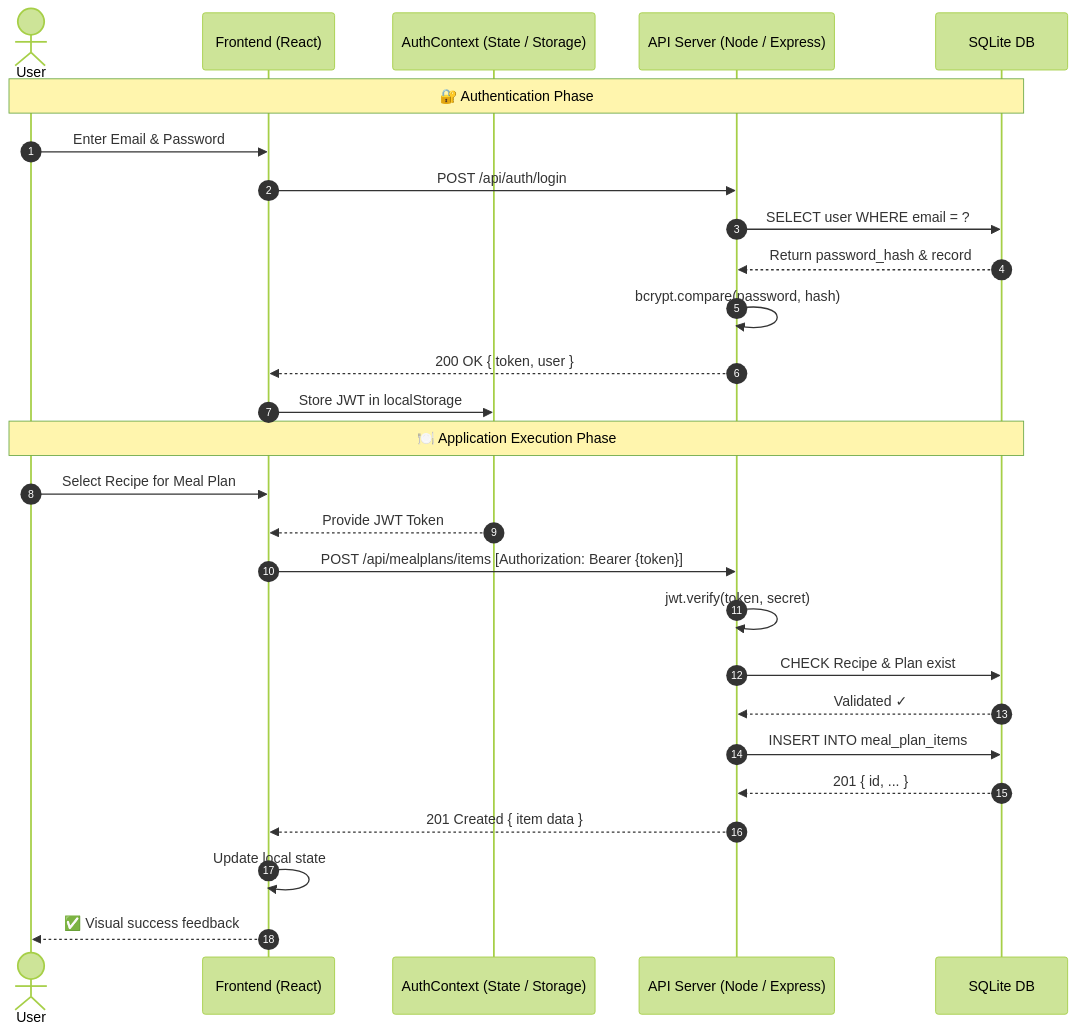
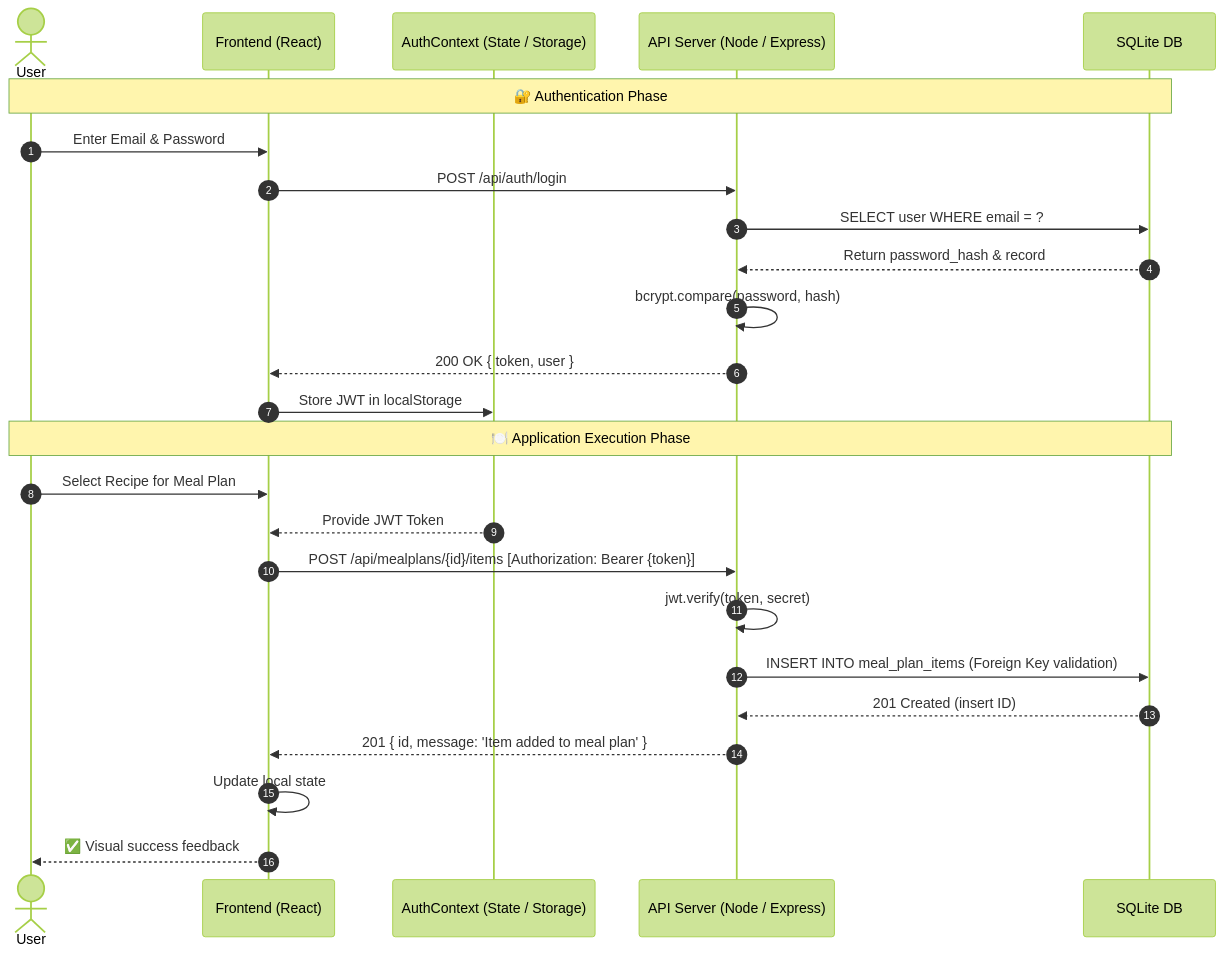
The third of 4 diagrams in docs/UML_DIAGRAMS.md (Amourous/MealMate), drawn with Mermaid (forest theme) before and after one commit.

Commit message:
Update sequence diagram to match actual meal plan API route and response

````diff
--- a/docs/UML_DIAGRAMS.md
+++ b/docs/UML_DIAGRAMS.md
@@ -153,33 +153,31 @@
 ```mermaid
 sequenceDiagram
     autonumber
     actor User
     participant UI as Frontend (React)
     participant Auth as AuthContext (State / Storage)
     participant API as API Server (Node / Express)
     participant DB as SQLite DB
 
     Note over User,DB: 🔐 Authentication Phase
 
     User->>UI: Enter Email & Password
     UI->>API: POST /api/auth/login
     API->>DB: SELECT user WHERE email = ?
     DB-->>API: Return password_hash & record
     API->>API: bcrypt.compare(password, hash)
     API-->>UI: 200 OK { token, user }
     UI->>Auth: Store JWT in localStorage
 
     Note over User,DB: 🍽️ Application Execution Phase
 
     User->>UI: Select Recipe for Meal Plan
     Auth-->>UI: Provide JWT Token
-    UI->>API: POST /api/mealplans/items [Authorization: Bearer {token}]
+    UI->>API: POST /api/mealplans/{id}/items [Authorization: Bearer {token}]
     API->>API: jwt.verify(token, secret)
-    API->>DB: CHECK Recipe & Plan exist
-    DB-->>API: Validated ✓
-    API->>DB: INSERT INTO meal_plan_items
-    DB-->>API: 201 { id, ... }
-    API-->>UI: 201 Created { item data }
+    API->>DB: INSERT INTO meal_plan_items (Foreign Key validation)
+    DB-->>API: 201 Created (insert ID)
+    API-->>UI: 201 { id, message: 'Item added to meal plan' }
     UI->>UI: Update local state
     UI-->>User: ✅ Visual success feedback
 ```
````
